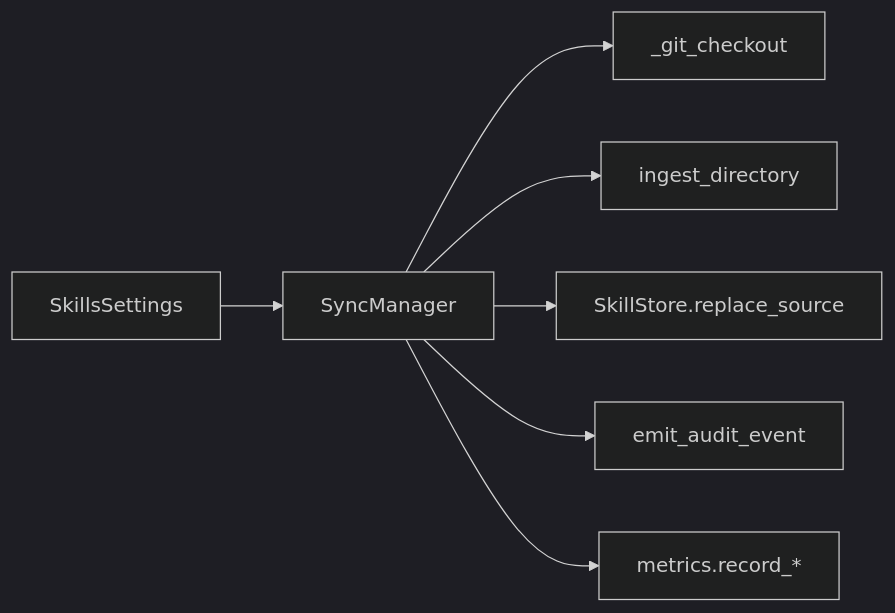
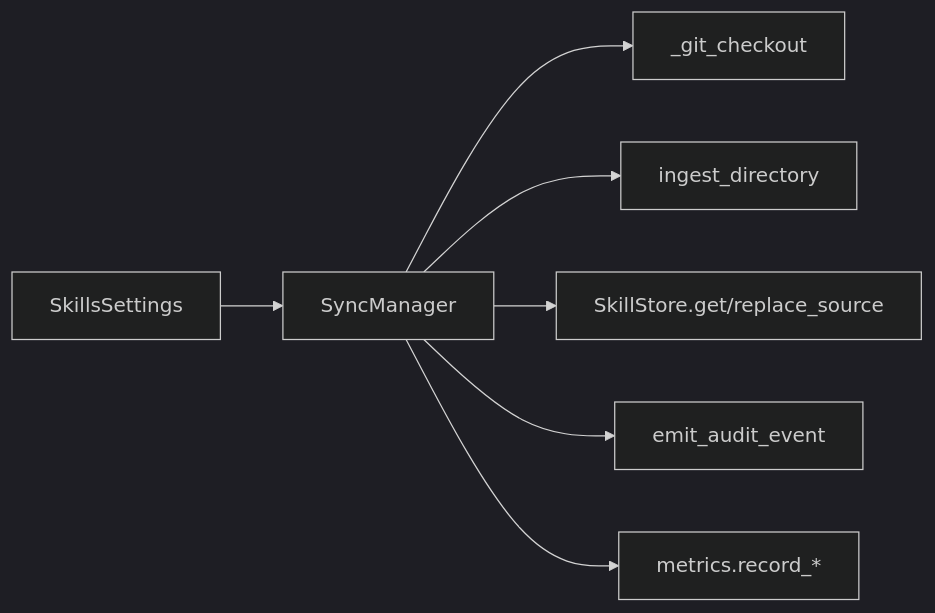
Before and after one commit to metasync/luban-aiops: the ninth of 9 diagrams in .qoder/repowiki/en/content/Core Services/Skills Hub/Synchronization Mechanism.md, drawn with Mermaid (dark theme). The commit also changed other lines of this file and 242 other files, not shown here.

````diff
--- a/.qoder/repowiki/en/content/Core Services/Skills Hub/Synchronization Mechanism.md
+++ b/.qoder/repowiki/en/content/Core Services/Skills Hub/Synchronization Mechanism.md
@@ -303,9 +383,9 @@
 ```mermaid
 graph LR
 Settings["SkillsSettings"] --> Manager["SyncManager"]
 Manager --> Git["_git_checkout"]
 Manager --> Ingest["ingest_directory"]
-Manager --> Store["SkillStore.replace_source"]
+Manager --> Store["SkillStore.get/replace_source"]
 Manager --> Audit["emit_audit_event"]
 Manager --> Metrics["metrics.record_*"]
 ```
````
